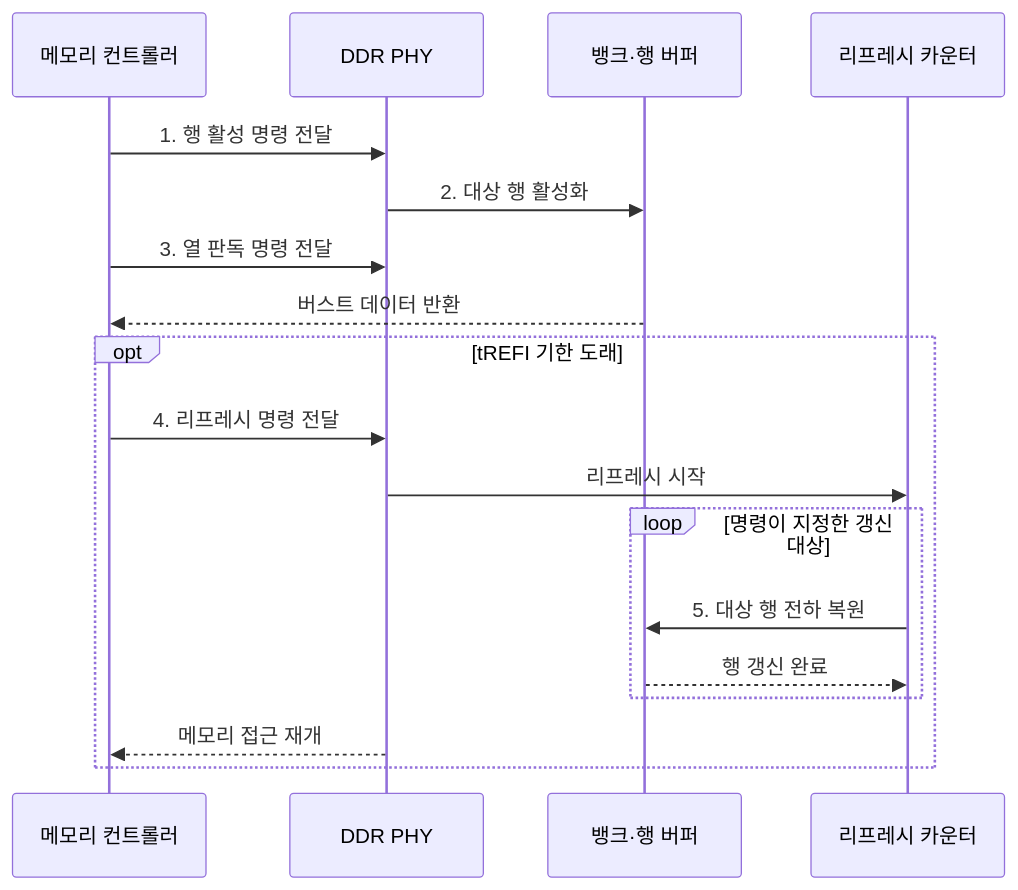
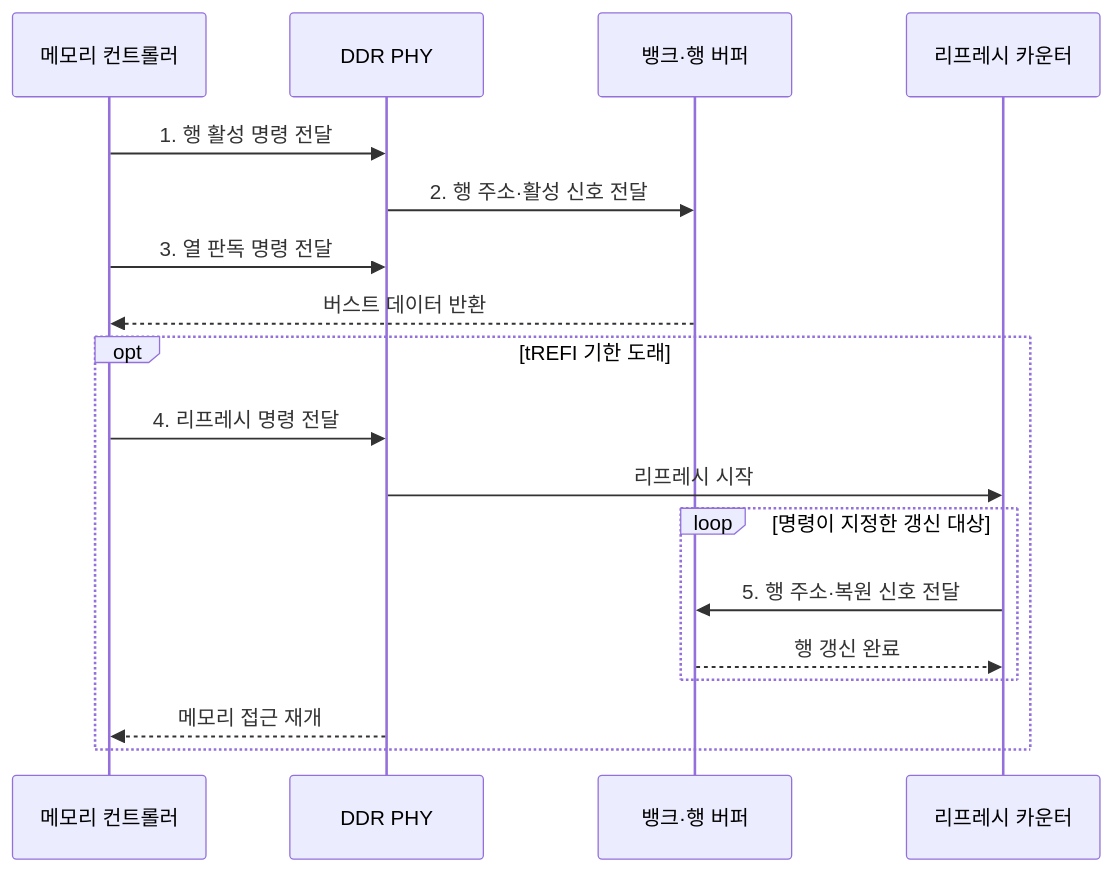
One commit to agnusdei1207/knowledge-base changed the second of 2 diagrams in src/content/docs/notes/02-hardware/024_ddr_sdram_refresh.md. Above: the diagram before and after it, drawn with Mermaid. The commit also changed other lines of this file and 20 other files, not shown here.

````diff
--- a/src/content/docs/notes/02-hardware/024_ddr_sdram_refresh.md
+++ b/src/content/docs/notes/02-hardware/024_ddr_sdram_refresh.md
@@ -87,20 +84,20 @@
 ```mermaid
 sequenceDiagram
     participant C as 메모리 컨트롤러
     participant P as DDR PHY
     participant B as 뱅크·행 버퍼
     participant R as 리프레시 카운터
     C->>P: 1. 행 활성 명령 전달
-    P->>B: 2. 대상 행 활성화
+    P->>B: 2. 행 주소·활성 신호 전달
     C->>P: 3. 열 판독 명령 전달
     B-->>C: 버스트 데이터 반환
     opt tREFI 기한 도래
         C->>P: 4. 리프레시 명령 전달
         P->>R: 리프레시 시작
         loop 명령이 지정한 갱신 대상
-            R->>B: 5. 대상 행 전하 복원
+            R->>B: 5. 행 주소·복원 신호 전달
             B-->>R: 행 갱신 완료
         end
         P-->>C: 메모리 접근 재개
     end
 ```
````
